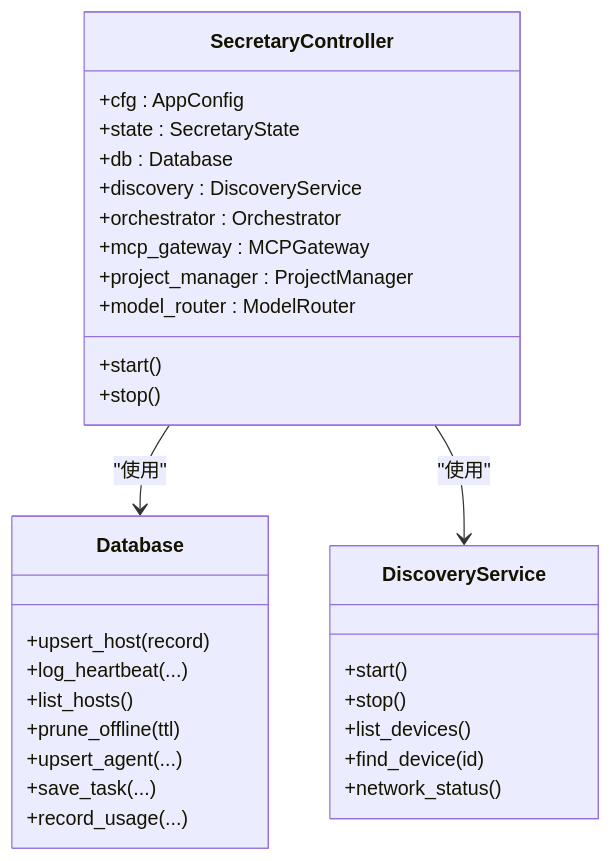
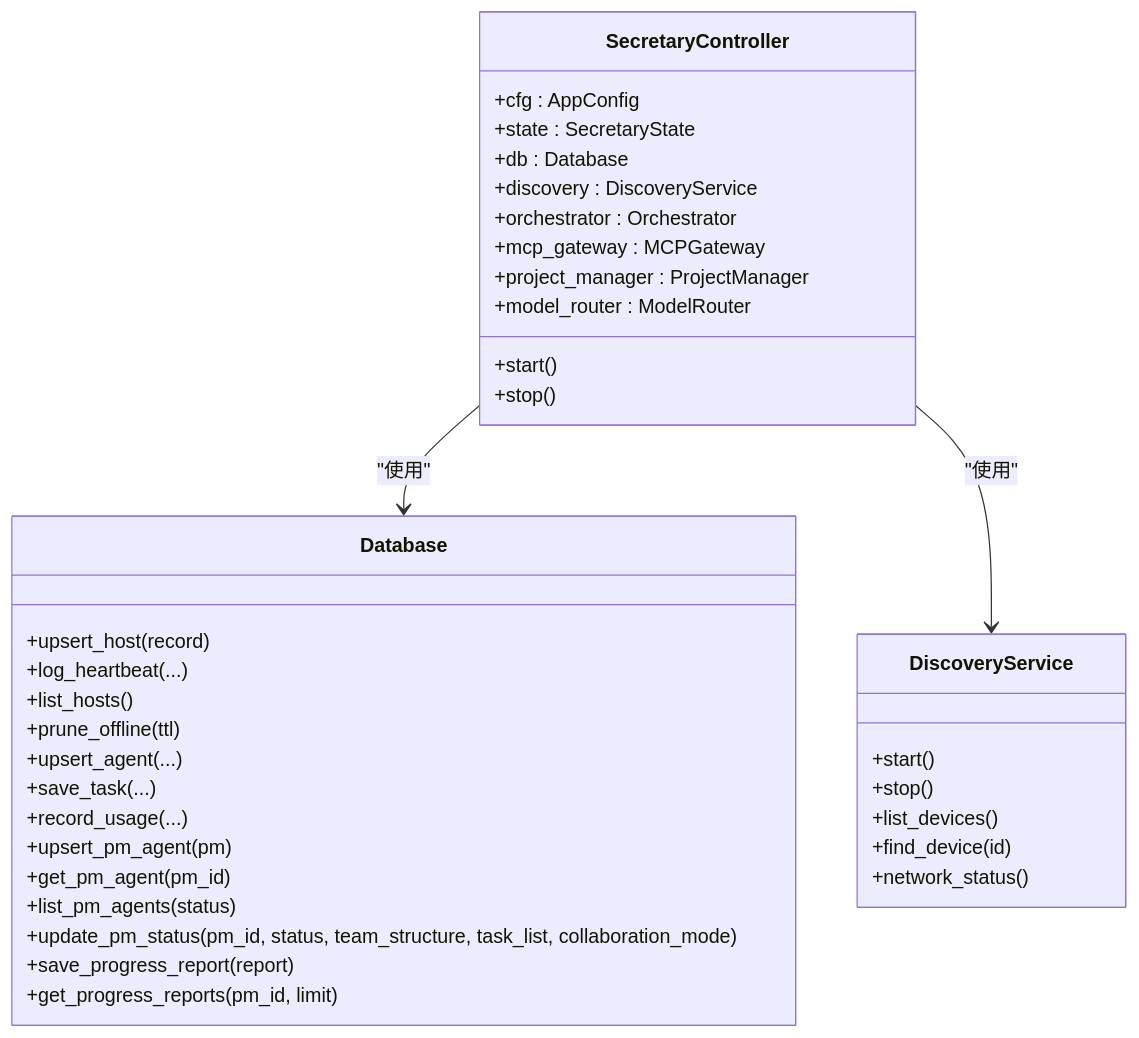
Before and after one commit to targalian/Personal-distributed-workstation: the fourth of 10 diagrams in .qoder/repowiki/zh/content/部署指南/部署指南.md, drawn with Mermaid. The commit also changed other lines of this file and 60 other files, not shown here.

````diff
--- a/.qoder/repowiki/zh/content/部署指南/部署指南.md
+++ b/.qoder/repowiki/zh/content/部署指南/部署指南.md
@@ -245,33 +260,39 @@
 ```mermaid
 classDiagram
 class SecretaryController {
 +cfg : AppConfig
 +state : SecretaryState
 +db : Database
 +discovery : DiscoveryService
 +orchestrator : Orchestrator
 +mcp_gateway : MCPGateway
 +project_manager : ProjectManager
 +model_router : ModelRouter
 +start()
 +stop()
 }
 class Database {
 +upsert_host(record)
 +log_heartbeat(...)
 +list_hosts()
 +prune_offline(ttl)
 +upsert_agent(...)
 +save_task(...)
 +record_usage(...)
++upsert_pm_agent(pm)
++get_pm_agent(pm_id)
++list_pm_agents(status)
++update_pm_status(pm_id, status, team_structure, task_list, collaboration_mode)
++save_progress_report(report)
++get_progress_reports(pm_id, limit)
 }
 class DiscoveryService {
 +start()
 +stop()
 +list_devices()
 +find_device(id)
 +network_status()
 }
 SecretaryController --> Database : "使用"
 SecretaryController --> DiscoveryService : "使用"
 ```
````
